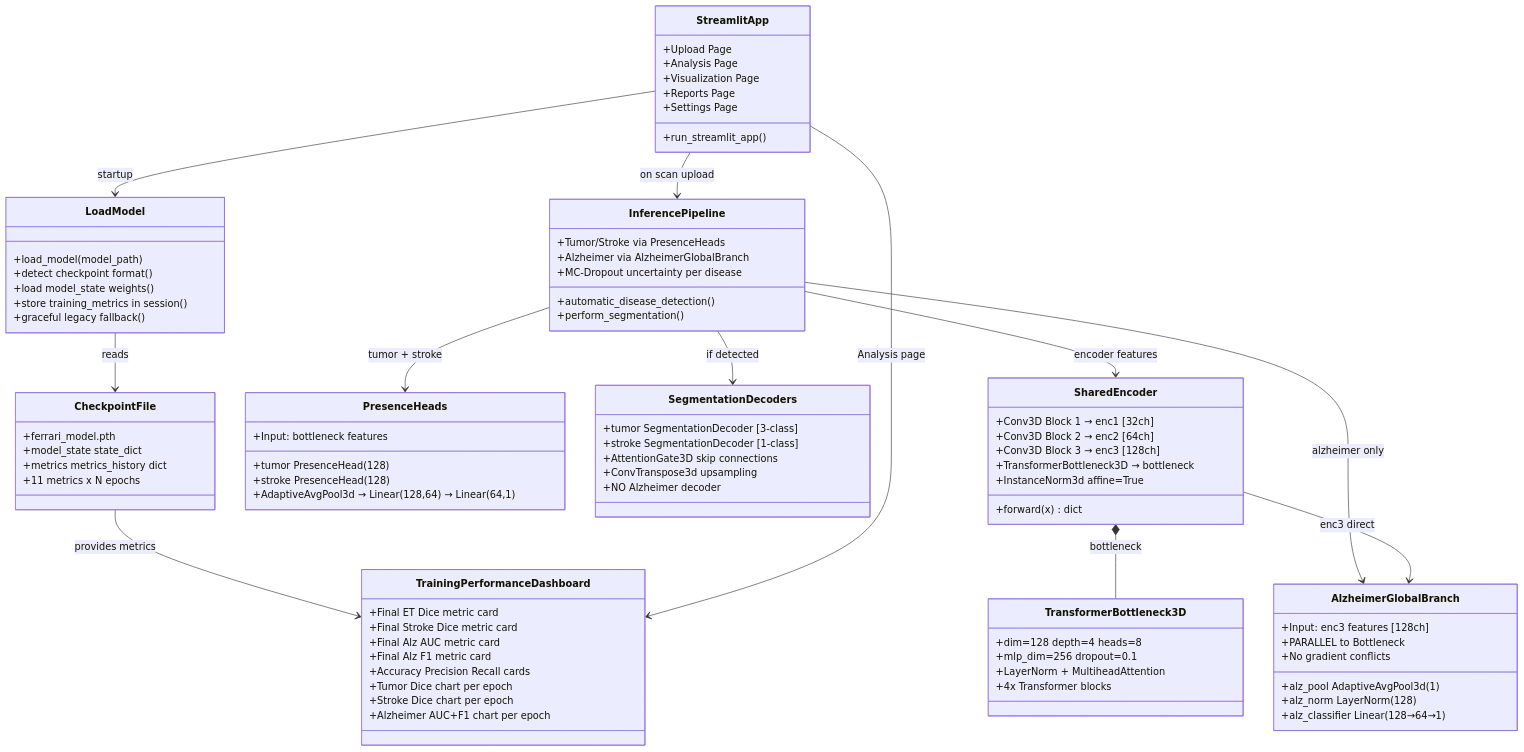
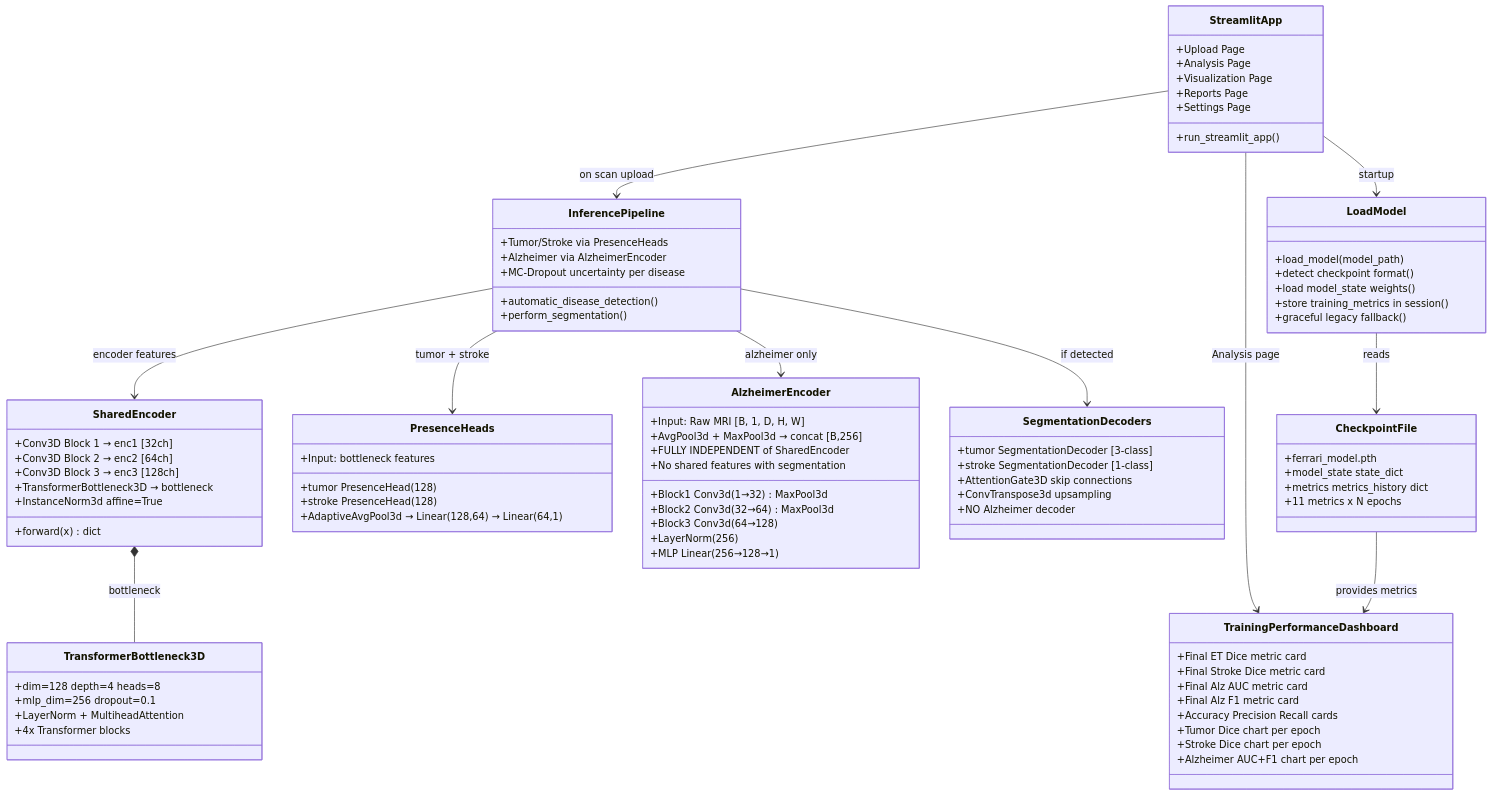
Before and after one commit to SaiKarthik547/Capstone: the first of 2 diagrams in README.md, drawn with Mermaid. The commit also changed other lines of this file, not shown here.

Commit message:
architecture update

````diff
--- a/README.md
+++ b/README.md
@@ -295,13 +295,16 @@
         +AdaptiveAvgPool3d → Linear(128,64) → Linear(64,1)
     }
 
-    class AlzheimerGlobalBranch {
-        +Input: enc3 features [128ch]
-        +alz_pool AdaptiveAvgPool3d(1)
-        +alz_norm LayerNorm(128)
-        +alz_classifier Linear(128→64→1)
-        +PARALLEL to Bottleneck
-        +No gradient conflicts
+    class AlzheimerEncoder {
+        +Input: Raw MRI [B, 1, D, H, W]
+        +Block1 Conv3d(1→32) MaxPool3d
+        +Block2 Conv3d(32→64) MaxPool3d
+        +Block3 Conv3d(64→128)
+        +AvgPool3d + MaxPool3d → concat [B,256]
+        +LayerNorm(256)
+        +MLP Linear(256→128→1)
+        +FULLY INDEPENDENT of SharedEncoder
+        +No shared features with segmentation
     }
 
     class SegmentationDecoders {
@@ -315,7 +318,7 @@
     class InferencePipeline {
         +automatic_disease_detection()
         +Tumor/Stroke via PresenceHeads
-        +Alzheimer via AlzheimerGlobalBranch
+        +Alzheimer via AlzheimerEncoder
         +MC-Dropout uncertainty per disease
         +perform_segmentation()
     }
@@ -345,8 +348,7 @@
     InferencePipeline --> SharedEncoder : encoder features
     SharedEncoder *-- TransformerBottleneck3D : bottleneck
     InferencePipeline --> PresenceHeads : tumor + stroke
-    InferencePipeline --> AlzheimerGlobalBranch : alzheimer only
-    SharedEncoder --> AlzheimerGlobalBranch : enc3 direct
+    InferencePipeline --> AlzheimerEncoder : alzheimer only
     InferencePipeline --> SegmentationDecoders : if detected
     StreamlitApp --> TrainingPerformanceDashboard : Analysis page
 ```
````
